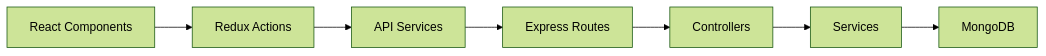
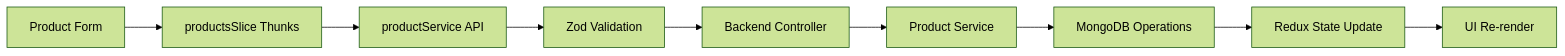
The third of 3 diagrams in README.md (MONA100421/ShopFlow), drawn with Mermaid (forest theme) before and after one commit. The commit also changed other lines of this file and 1 other file, not shown here.

````diff
--- a/README.md
+++ b/README.md
@@ -47,9 +47,11 @@
 ```mermaid
 graph LR
-    A[React Components] --> B[Redux Actions]
-    B --> C[API Services]
-    C --> D[Express Routes]
-    D --> E[Controllers]
-    E --> F[Services]
-    F --> G[MongoDB]
+    A[Product Form] --> B[productsSlice Thunks]
+    B --> C[productService API]
+    C --> D[Zod Validation]
+    D --> E[Backend Controller]
+    E --> F[Product Service]
+    F --> G[MongoDB Operations]
+    G --> H[Redux State Update]
+    H --> I[UI Re-render]
 ```
````
